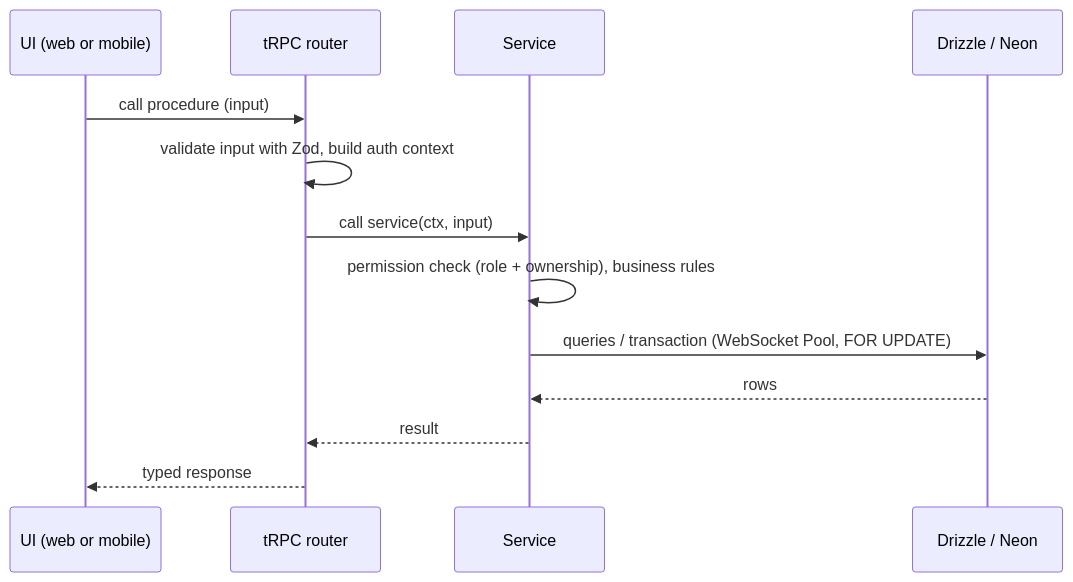
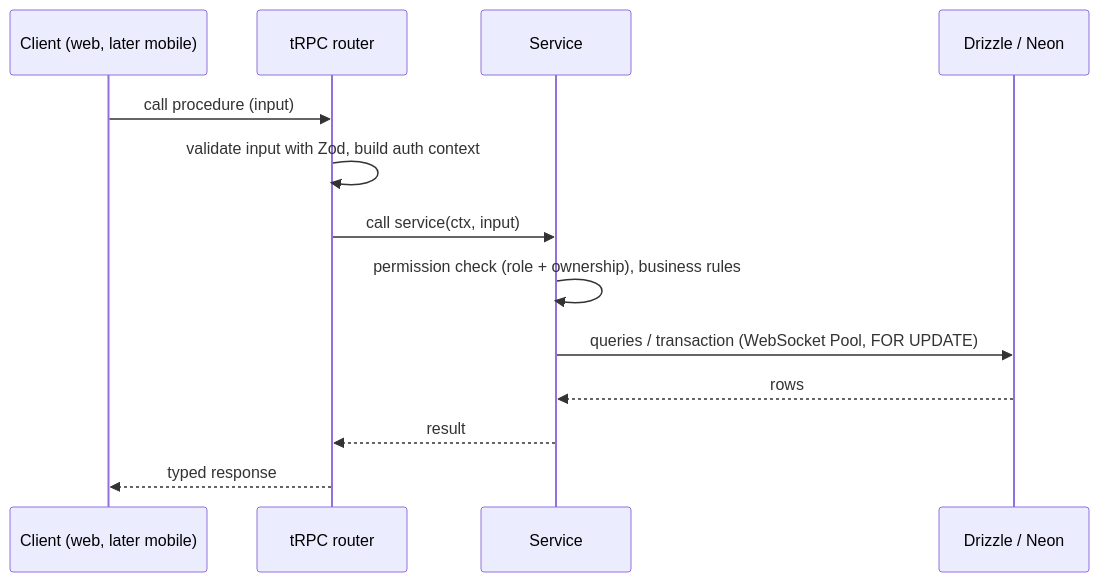
Before and after one commit to Hedi-Bouhelii/Doulisha: the third of 3 diagrams in docs/ARCHITECTURE.md, drawn with Mermaid. The commit also changed other lines of this file and 66 other files, not shown here.

````diff
--- a/docs/ARCHITECTURE.md
+++ b/docs/ARCHITECTURE.md
@@ -86,15 +83,15 @@
 ```mermaid
 sequenceDiagram
-  participant UI as UI (web or mobile)
+  participant UI as Client (web, later mobile)
   participant R as tRPC router
   participant S as Service
   participant D as Drizzle / Neon
   UI->>R: call procedure (input)
   R->>R: validate input with Zod, build auth context
   R->>S: call service(ctx, input)
   S->>S: permission check (role + ownership), business rules
   S->>D: queries / transaction (WebSocket Pool, FOR UPDATE)
   D-->>S: rows
   S-->>R: result
   R-->>UI: typed response
 ```
````
